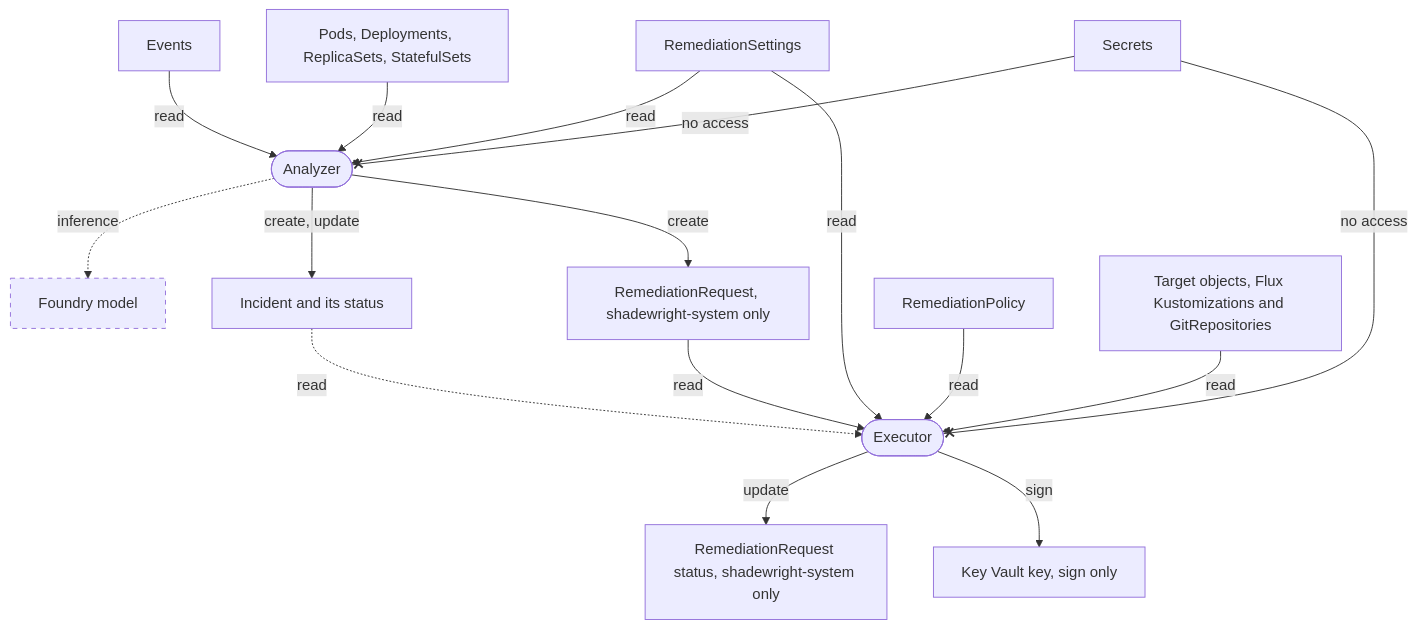
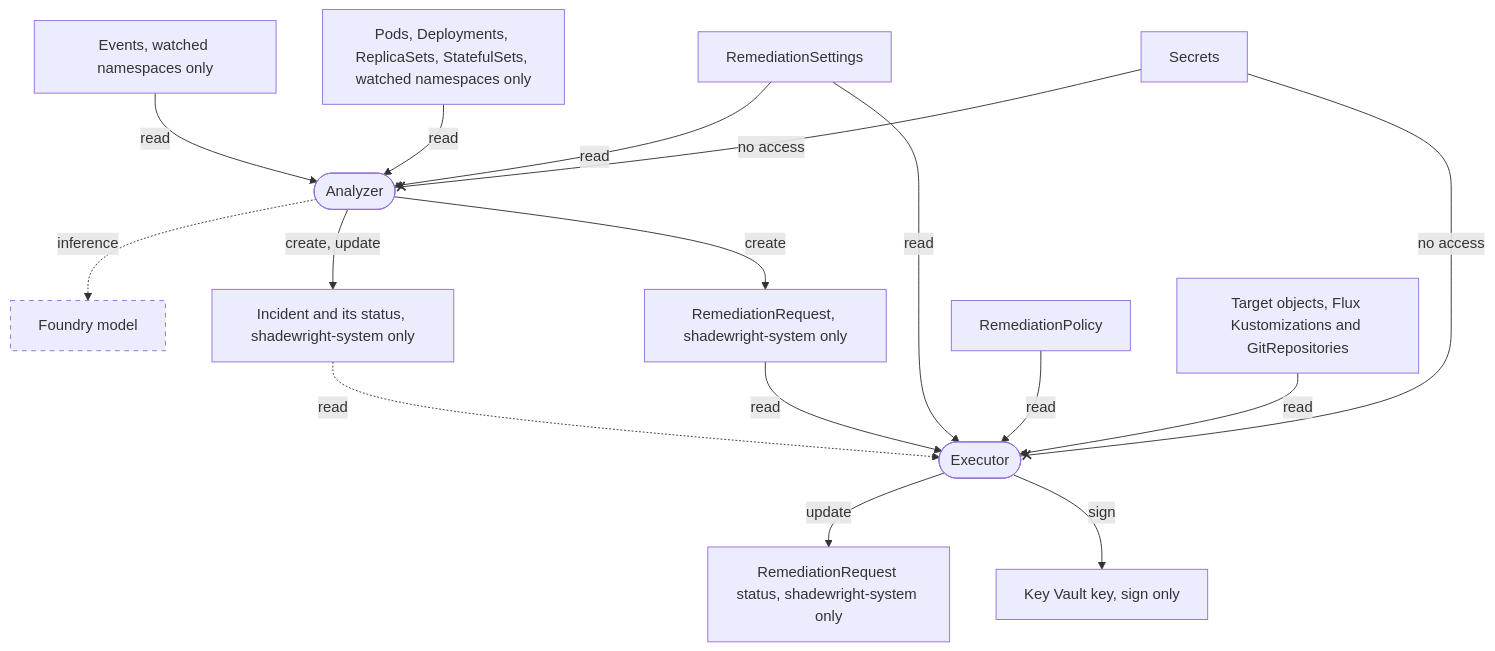
One commit to pkalin/shadewright changed the fifth of 5 diagrams in docs/design.md. Above: the diagram before and after it, drawn with Mermaid. The commit also changed other lines of this file and 16 other files, not shown here.

First line of the commit message:
feat(analyzer): bound the analyzer's reads and Incident writes to the selected namespaces (#168)

````diff
--- a/docs/design.md
+++ b/docs/design.md
@@ -548,33 +548,33 @@
 ```mermaid
 flowchart TB
-    ev[Events]
-    wl[Pods, Deployments, ReplicaSets, StatefulSets]
+    ev["Events, watched namespaces only"]
+    wl["Pods, Deployments, ReplicaSets, StatefulSets, watched namespaces only"]
     an([Analyzer])
     fm[Foundry model]
-    inc[Incident and its status]
+    inc["Incident and its status, shadewright-system only"]
     rr["RemediationRequest, shadewright-system only"]
     set[RemediationSettings]
     pol[RemediationPolicy]
     tgt[Target objects, Flux Kustomizations and GitRepositories]
     ex([Executor])
     rrs["RemediationRequest status, shadewright-system only"]
     kv[Key Vault key, sign only]
     sec[Secrets]
     ev -- read --> an
     wl -- read --> an
     set -- read --> an
     an -. inference .-> fm
     an -- create, update --> inc
     an -- create --> rr
     inc -. read .-> ex
     rr -- read --> ex
     set -- read --> ex
     pol -- read --> ex
     tgt -- read --> ex
     ex -- update --> rrs
     ex -- sign --> kv
     sec -- no access --x an
     sec -- no access --x ex
     classDef planned stroke-dasharray: 5 5
     class fm planned
 ```
````
